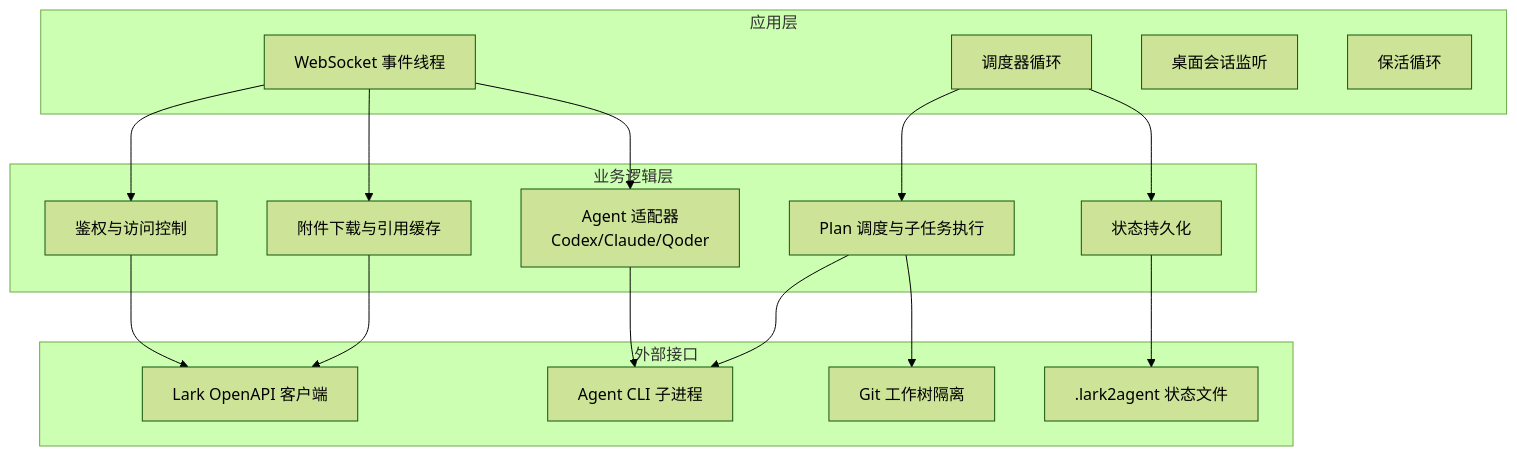
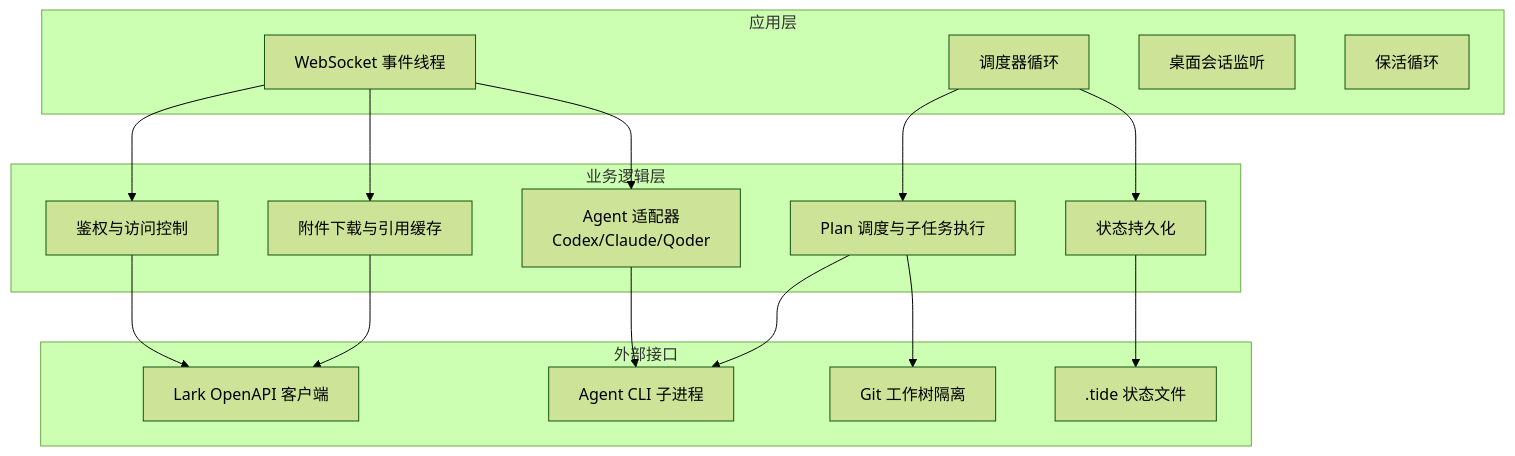
One commit to winditer/tide changed the first of 3 diagrams in .qoder/repowiki/zh/content/开发指南/测试策略.md. Above: the diagram before and after it, drawn with Mermaid (forest theme). The commit also changed other lines of this file and 260 other files, not shown here.

````diff
--- a/.qoder/repowiki/zh/content/开发指南/测试策略.md
+++ b/.qoder/repowiki/zh/content/开发指南/测试策略.md
@@ -42,33 +42,33 @@
 ```mermaid
 graph TB
 subgraph "应用层"
 WS["WebSocket 事件线程"]
 SCHED["调度器循环"]
 WATCH["桌面会话监听"]
 AWAKE["保活循环"]
 end
 subgraph "业务逻辑层"
 ADAPTERS["Agent 适配器<br/>Codex/Claude/Qoder"]
 PLAN["Plan 调度与子任务执行"]
 ATTACH["附件下载与引用缓存"]
 AUTH["鉴权与访问控制"]
 STATE["状态持久化"]
 end
 subgraph "外部接口"
 LARK["Lark OpenAPI 客户端"]
 CLI["Agent CLI 子进程"]
 GIT["Git 工作树隔离"]
-FS[".lark2agent 状态文件"]
+FS[".tide 状态文件"]
 end
 WS --> ADAPTERS
 WS --> ATTACH
 WS --> AUTH
 SCHED --> PLAN
 SCHED --> STATE
 PLAN --> GIT
 PLAN --> CLI
 ATTACH --> LARK
 AUTH --> LARK
 STATE --> FS
 ADAPTERS --> CLI
 ```
````
